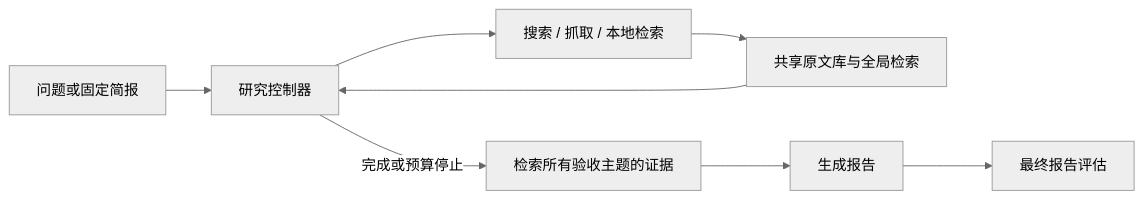
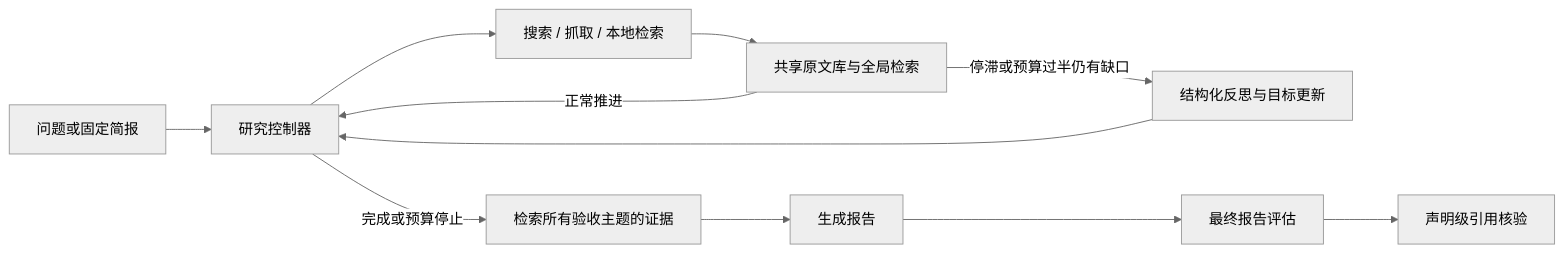
One commit to jackson-119/Adaptive-Deep-Research-Agent changed the diagram in README.md. Above: the diagram before and after it, drawn with Mermaid (neutral theme). The commit also changed other lines of this file and 18 other files, not shown here.

````diff
--- a/README.md
+++ b/README.md
@@ -11,10 +11,13 @@
 ```mermaid
 flowchart LR
     A[问题或固定简报] --> B[研究控制器]
     B --> C[搜索 / 抓取 / 本地检索]
     C --> D[共享原文库与全局检索]
-    D --> B
+    D -->|正常推进| B
+    D -->|停滞或预算过半仍有缺口| R[结构化反思与目标更新]
+    R --> B
     B -->|完成或预算停止| E[检索所有验收主题的证据]
     E --> F[生成报告]
     F --> G[最终报告评估]
+    G --> H[声明级引用核验]
 ```
````
